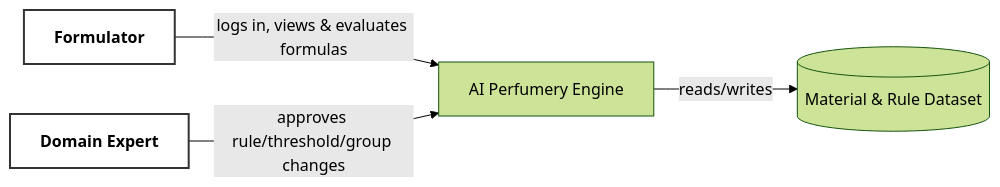
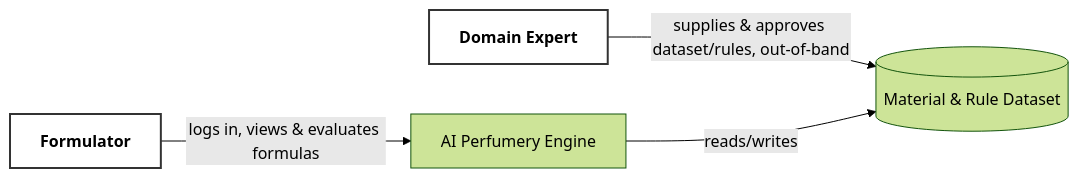
One commit to projectSE-1/Proposal changed the first of 4 diagrams in .docs/02-design/diagrams.md. Above: the diagram before and after it, drawn with Mermaid (forest theme). The commit also changed other lines of this file and 2 other files, not shown here.

First line of the commit message:
Align design diagrams with approved scope; record decided tech stack

````diff
--- a/.docs/02-design/diagrams.md
+++ b/.docs/02-design/diagrams.md
@@ -14,13 +21,13 @@
 ```mermaid
 flowchart LR
     Formulator[Formulator]:::actor
     DomainExpert[Domain Expert]:::actor
     System[AI Perfumery Engine]
     Dataset[(Material & Rule Dataset)]
 
     Formulator -->|logs in, views & evaluates formulas| System
-    DomainExpert -->|approves rule/threshold/group changes| System
+    DomainExpert -->|supplies & approves dataset/rules, out-of-band| Dataset
     System -->|reads/writes| Dataset
 
     classDef actor fill:#fff,stroke:#333,stroke-width:2px,font-weight:bold;
 ```
````
